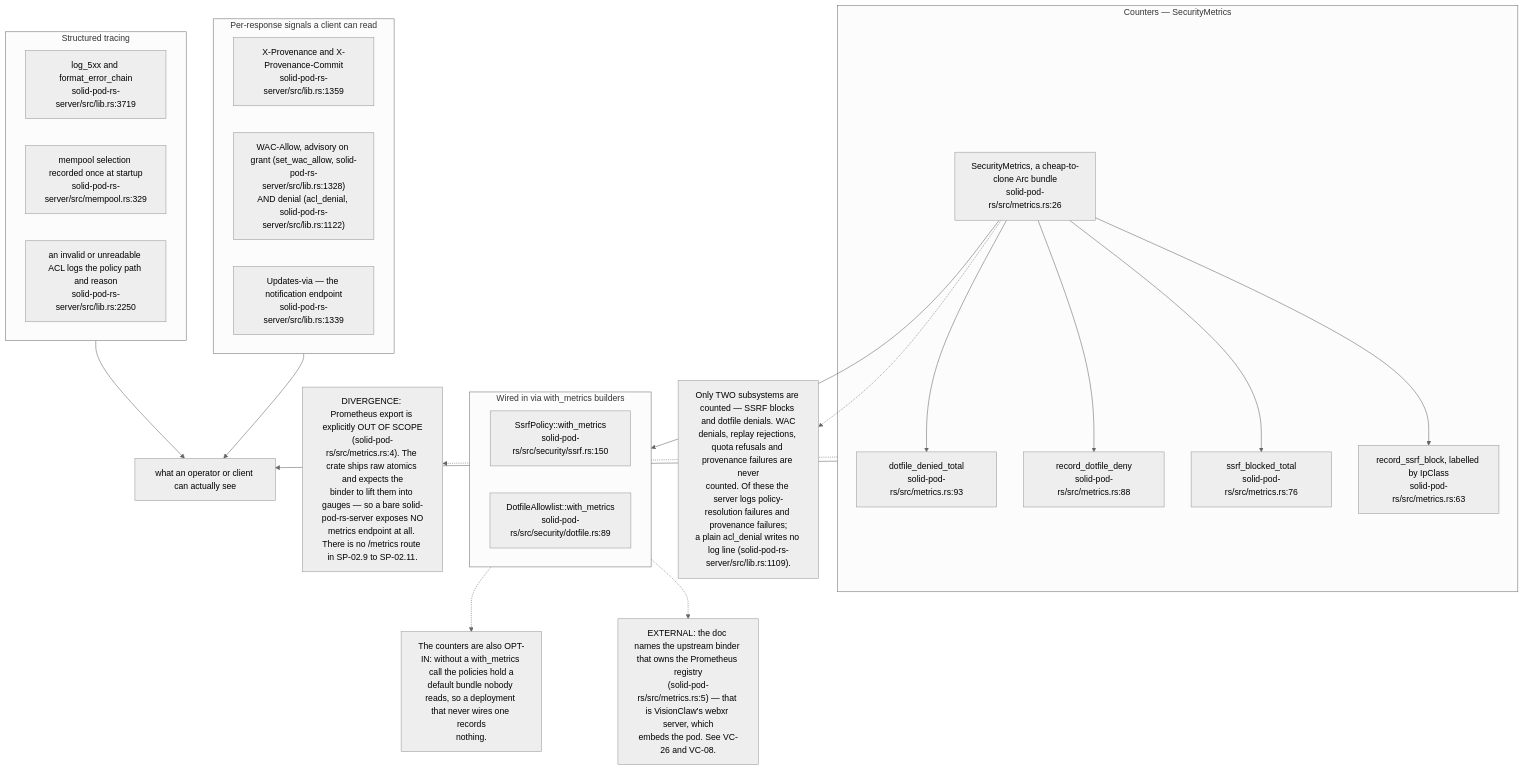
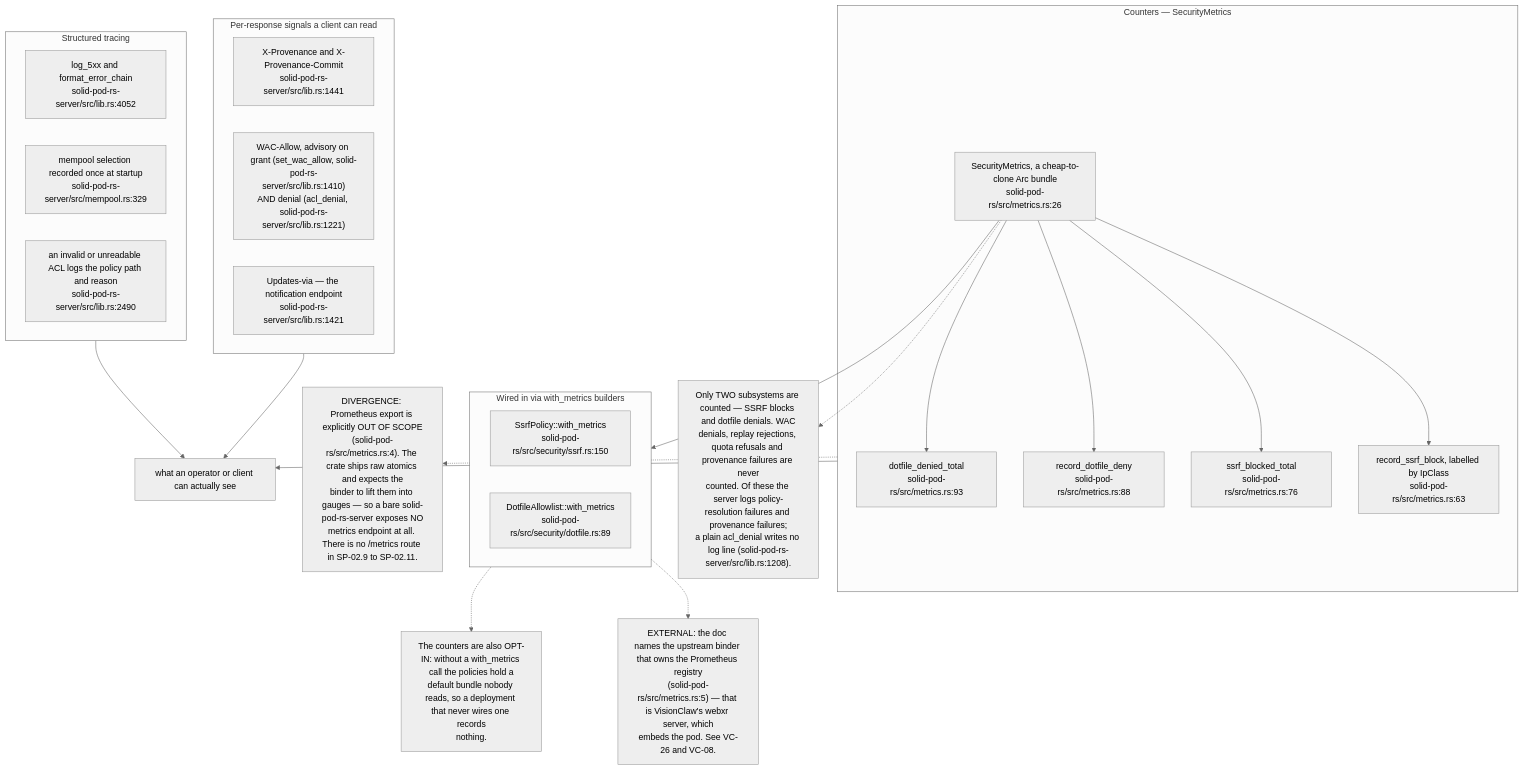
Before and after one commit to DreamLab-AI/VisionFlow: diagram 12 of 12 in docs/diagrams/solid-pod-rs/10-failure-modes-and-invariants.md, drawn with Mermaid (neutral theme). The commit also changed other lines of this file and 59 other files, not shown here.

First line of the commit message:
docs(diagrams): re-derive and re-stamp forum, website, pod, ontomark and sealmap topics

````diff
--- a/docs/diagrams/solid-pod-rs/10-failure-modes-and-invariants.md
+++ b/docs/diagrams/solid-pod-rs/10-failure-modes-and-invariants.md
@@ -370,42 +370,42 @@
 ```mermaid
 flowchart TD
     subgraph COUNT["Counters — SecurityMetrics"]
         SM["SecurityMetrics, a cheap-to-clone Arc bundle<br/>solid-pod-rs/src/metrics.rs:26"]
         SS["record_ssrf_block, labelled by IpClass<br/>solid-pod-rs/src/metrics.rs:63"]
         ST["ssrf_blocked_total<br/>solid-pod-rs/src/metrics.rs:76"]
         DF["record_dotfile_deny<br/>solid-pod-rs/src/metrics.rs:88"]
         DT["dotfile_denied_total<br/>solid-pod-rs/src/metrics.rs:93"]
     end
     subgraph WIRE["Wired in via with_metrics builders"]
         W1["SsrfPolicy::with_metrics<br/>solid-pod-rs/src/security/ssrf.rs:150"]
         W2["DotfileAllowlist::with_metrics<br/>solid-pod-rs/src/security/dotfile.rs:89"]
     end
     subgraph HDR["Per-response signals a client can read"]
-        H1["X-Provenance and X-Provenance-Commit<br/>solid-pod-rs-server/src/lib.rs:1359"]
-        H2["WAC-Allow, advisory on grant (set_wac_allow, solid-pod-rs-server/src/lib.rs:1328)<br/>AND denial (acl_denial, solid-pod-rs-server/src/lib.rs:1122)"]
-        H3["Updates-via — the notification endpoint<br/>solid-pod-rs-server/src/lib.rs:1339"]
+        H1["X-Provenance and X-Provenance-Commit<br/>solid-pod-rs-server/src/lib.rs:1441"]
+        H2["WAC-Allow, advisory on grant (set_wac_allow, solid-pod-rs-server/src/lib.rs:1410)<br/>AND denial (acl_denial, solid-pod-rs-server/src/lib.rs:1221)"]
+        H3["Updates-via — the notification endpoint<br/>solid-pod-rs-server/src/lib.rs:1421"]
     end
     subgraph LOG["Structured tracing"]
-        L1["log_5xx and format_error_chain<br/>solid-pod-rs-server/src/lib.rs:3719"]
+        L1["log_5xx and format_error_chain<br/>solid-pod-rs-server/src/lib.rs:4052"]
         L2["mempool selection recorded once at startup<br/>solid-pod-rs-server/src/mempool.rs:329"]
-        L3["an invalid or unreadable ACL logs the policy path and reason<br/>solid-pod-rs-server/src/lib.rs:2250"]
+        L3["an invalid or unreadable ACL logs the policy path and reason<br/>solid-pod-rs-server/src/lib.rs:2490"]
     end
 
     SM --> SS
     SM --> ST
     SM --> DF
     SM --> DT
     SM --> WIRE
     HDR --> OP["what an operator or client can actually see"]
     LOG --> OP
     COUNT --> OP
 
     N["DIVERGENCE: Prometheus export is explicitly OUT OF SCOPE<br/>(solid-pod-rs/src/metrics.rs:4). The crate ships raw atomics and expects the<br/>binder to lift them into gauges — so a bare solid-pod-rs-server exposes NO<br/>metrics endpoint at all. There is no /metrics route in SP-02.9 to SP-02.11."]
     COUNT -.-> N
     N2["EXTERNAL: the doc names the upstream binder that owns the Prometheus registry<br/>(solid-pod-rs/src/metrics.rs:5) — that is VisionClaw's webxr server, which<br/>embeds the pod. See VC-26 and VC-08."]
     WIRE -.-> N2
-    N3["Only TWO subsystems are counted — SSRF blocks and dotfile denials. WAC<br/>denials, replay rejections, quota refusals and provenance failures are never<br/>counted. Of these the server logs policy-resolution failures and provenance failures;<br/>a plain acl_denial writes no log line (solid-pod-rs-server/src/lib.rs:1109)."]
+    N3["Only TWO subsystems are counted — SSRF blocks and dotfile denials. WAC<br/>denials, replay rejections, quota refusals and provenance failures are never<br/>counted. Of these the server logs policy-resolution failures and provenance failures;<br/>a plain acl_denial writes no log line (solid-pod-rs-server/src/lib.rs:1208)."]
     SM -.-> N3
     N4["The counters are also OPT-IN: without a with_metrics call the policies hold a<br/>default bundle nobody reads, so a deployment that never wires one records<br/>nothing."]
     WIRE -.-> N4
 ```
````
